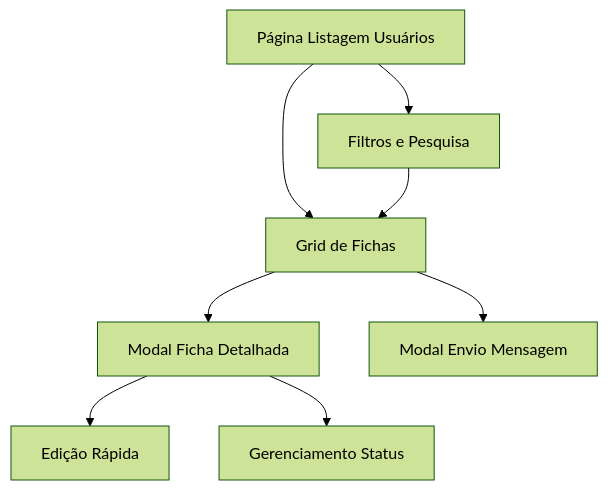
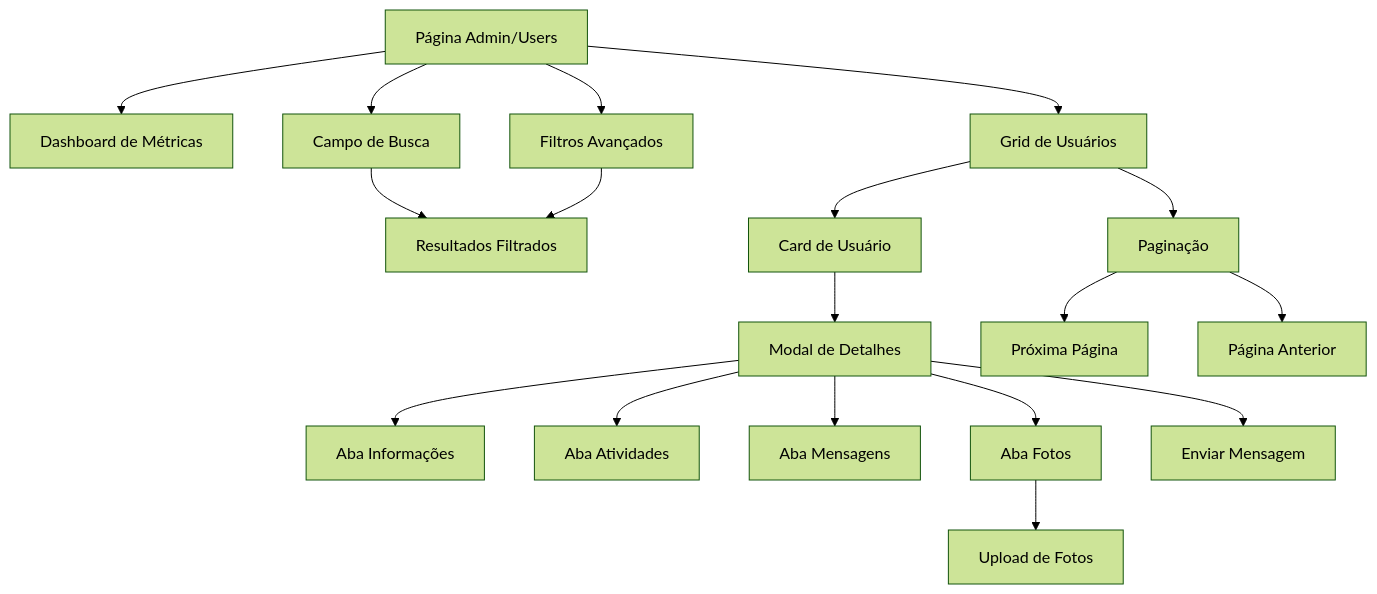
One commit to criverdim/siterccnovo changed the diagram in .trae/documents/admin-users-redesign-prd.md. Above: the diagram before and after it, drawn with Mermaid (forest theme). The commit also changed other lines of this file and 25 other files, not shown here.

````diff
--- a/.trae/documents/admin-users-redesign-prd.md
+++ b/.trae/documents/admin-users-redesign-prd.md
@@ -44,10 +70,25 @@
 ```mermaid
 graph TD
-  A[Página Listagem Usuários] --> B[Grid de Fichas]
-  B --> C[Modal Ficha Detalhada]
-  B --> D[Modal Envio Mensagem]
-  C --> E[Edição Rápida]
-  C --> F[Gerenciamento Status]
-  A --> G[Filtros e Pesquisa]
-  G --> B
+    A[Página Admin/Users] --> B[Dashboard de Métricas]
+    A --> C[Campo de Busca]
+    A --> D[Filtros Avançados]
+    A --> E[Grid de Usuários]
+    
+    C --> F[Resultados Filtrados]
+    D --> F
+    
+    E --> G[Card de Usuário]
+    G --> H[Modal de Detalhes]
+    
+    H --> I[Aba Informações]
+    H --> J[Aba Atividades]
+    H --> K[Aba Mensagens]
+    H --> L[Aba Fotos]
+    
+    H --> M[Enviar Mensagem]
+    L --> N[Upload de Fotos]
+    
+    E --> O[Paginação]
+    O --> P[Próxima Página]
+    O --> Q[Página Anterior]
 ```
````
